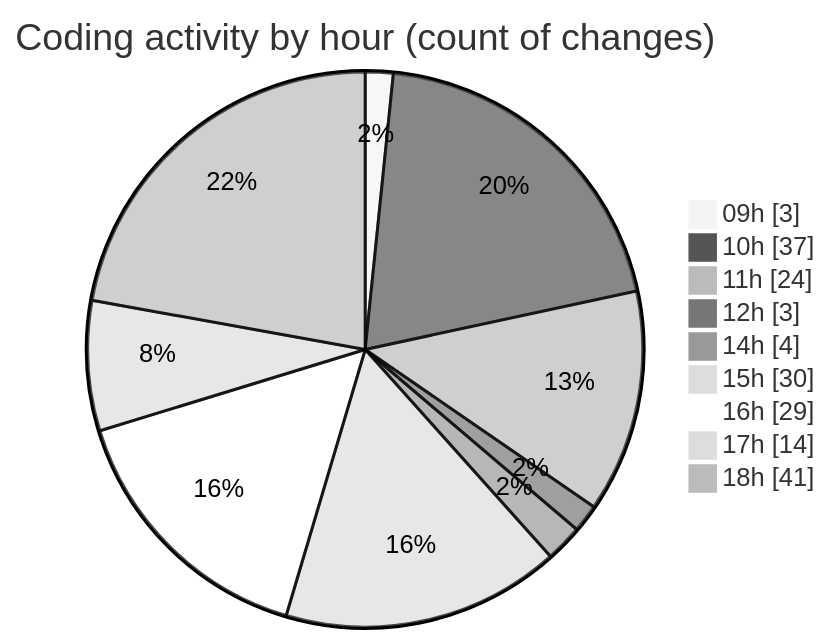
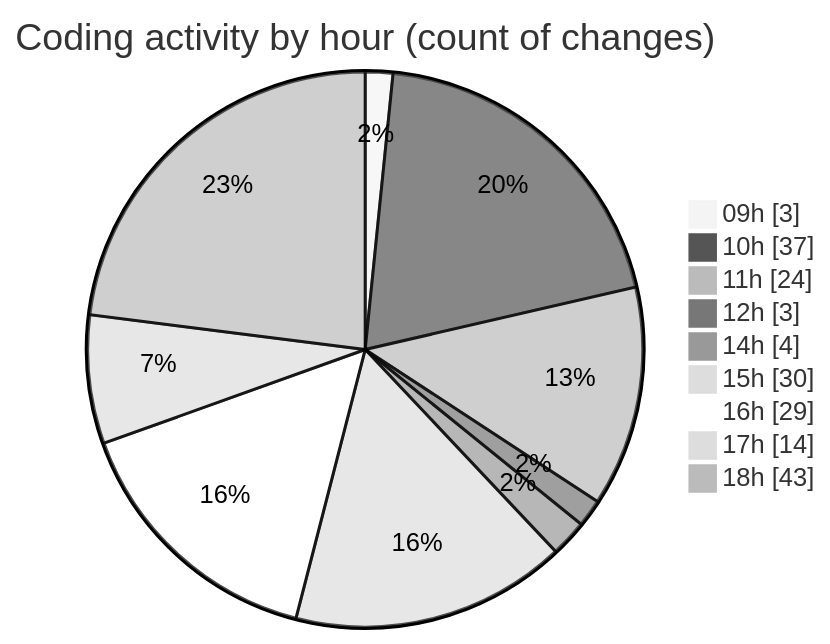
The second of 2 diagrams in 2025-05-02/ecodeli/README.md (CELIANVF/code-tracking), drawn with Mermaid (neutral theme) before and after one commit. The commit also changed other lines of this file and 1 other file, not shown here.

````diff
--- a/2025-05-02/ecodeli/README.md
+++ b/2025-05-02/ecodeli/README.md
@@ -94,13 +94,13 @@
 ```mermaid
 pie showData
 title Coding activity by hour (count of changes)
 "09h" : 3
 "10h" : 37
 "11h" : 24
 "12h" : 3
 "14h" : 4
 "15h" : 30
 "16h" : 29
 "17h" : 14
-"18h" : 41
+"18h" : 43
 ```
````
